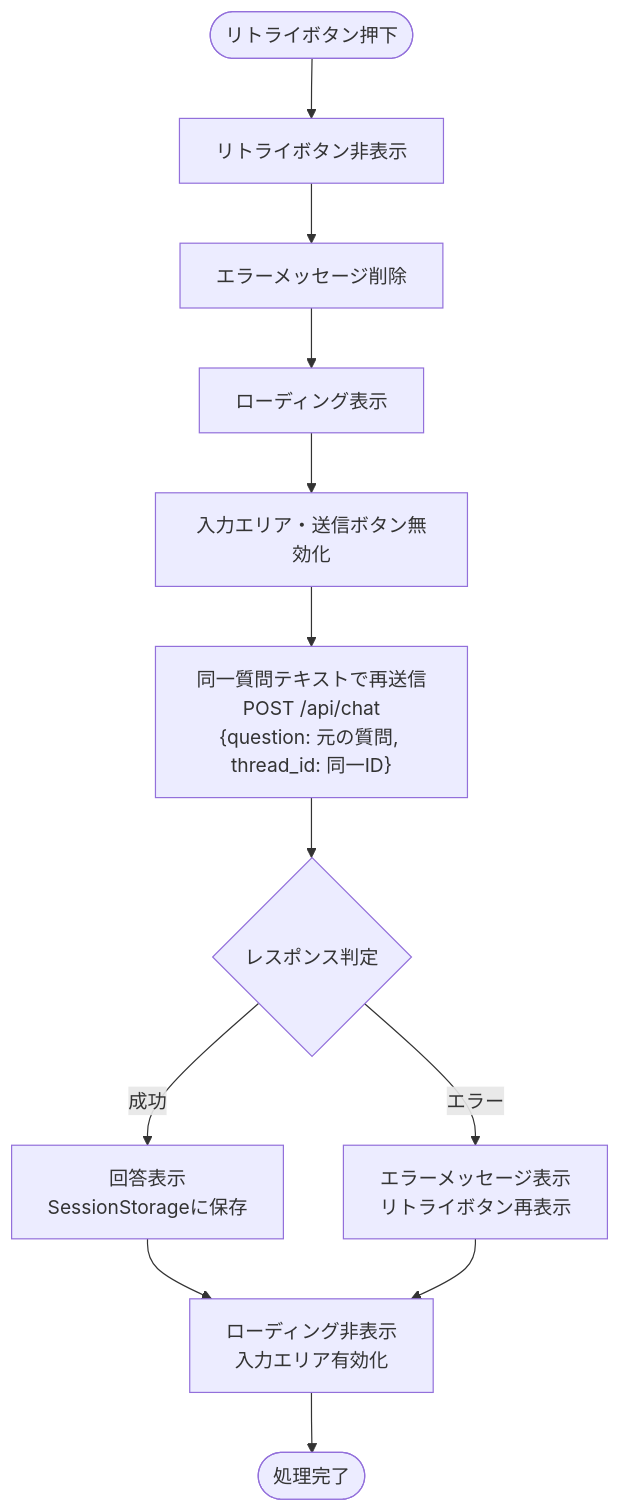
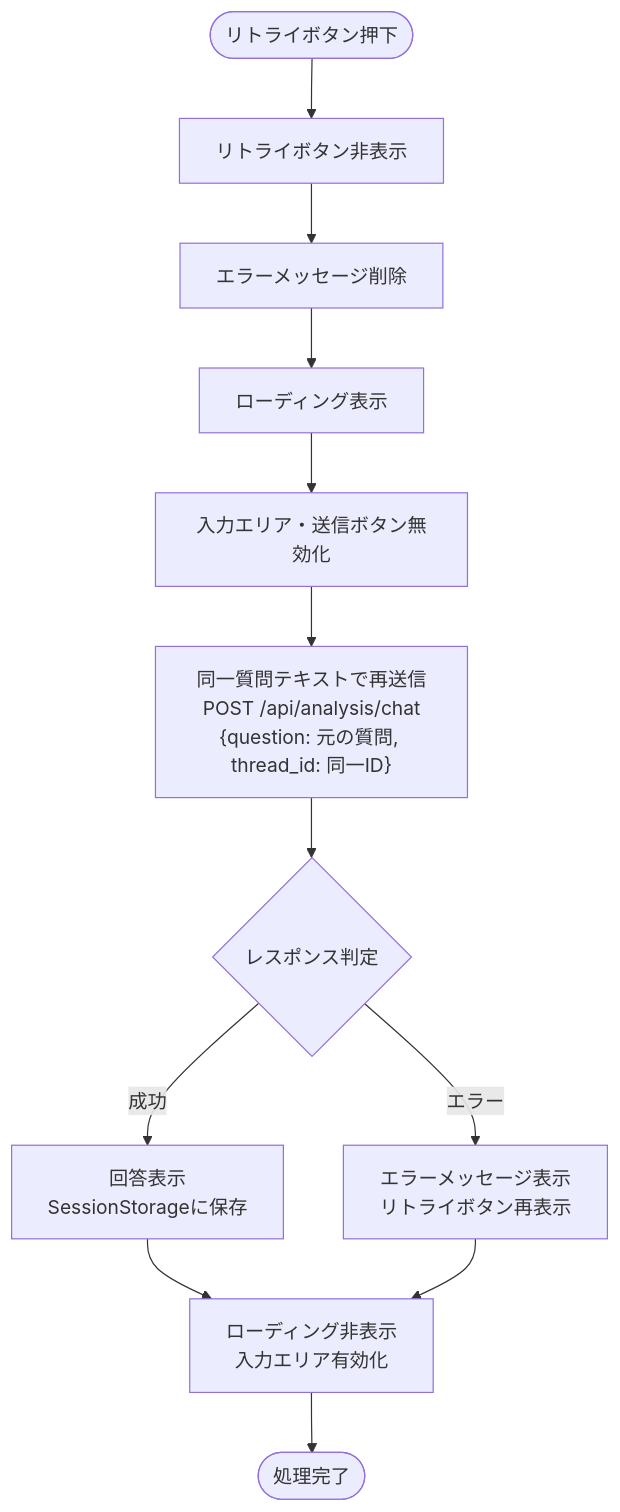
Before and after one commit to NSW-SVCP-AIWG002/Databricks-IoT: the sixth of 8 diagrams in docs/03-features/flask-app/conversational-ai-chat/workflow-specification.md, drawn with Mermaid. The commit also changed other lines of this file and 16 other files, not shown here.

````diff
--- a/docs/03-features/flask-app/conversational-ai-chat/workflow-specification.md
+++ b/docs/03-features/flask-app/conversational-ai-chat/workflow-specification.md
@@ -842,14 +842,14 @@
 ```mermaid
 flowchart TD
     Start([リトライボタン押下]) --> HideRetry[リトライボタン非表示]
     HideRetry --> RemoveError[エラーメッセージ削除]
     RemoveError --> ShowLoading[ローディング表示]
     ShowLoading --> DisableInput[入力エリア・送信ボタン無効化]
-    DisableInput --> Resend["同一質問テキストで再送信<br>POST /api/chat<br>{question: 元の質問, thread_id: 同一ID}"]
+    DisableInput --> Resend["同一質問テキストで再送信<br>POST /api/analysis/chat<br>{question: 元の質問, thread_id: 同一ID}"]
     Resend --> CheckResponse{レスポンス判定}
     CheckResponse -->|成功| DisplayAnswer[回答表示<br>SessionStorageに保存]
     CheckResponse -->|エラー| ShowError[エラーメッセージ表示<br>リトライボタン再表示]
     DisplayAnswer --> Enable[ローディング非表示<br>入力エリア有効化]
     ShowError --> Enable
     Enable --> End([処理完了])
 ```
````
